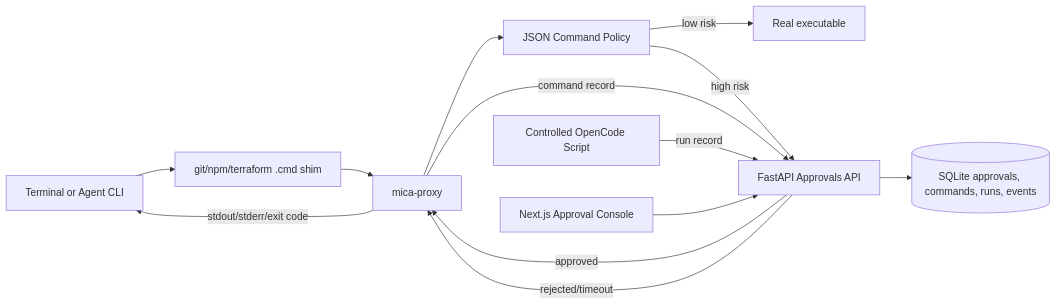
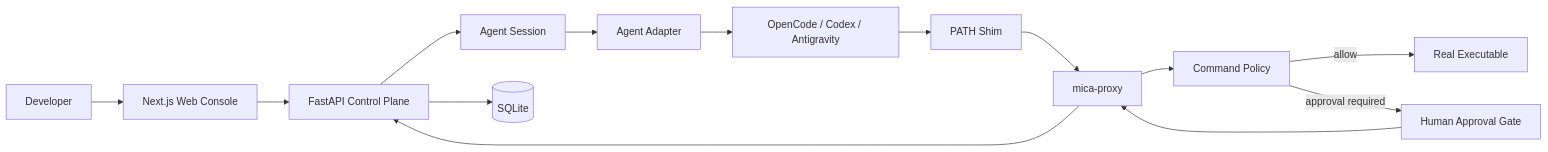
Before and after one commit to Dwight2458/mica: the diagram in README.md, drawn with Mermaid. The commit also changed other lines of this file, not shown here.

````diff
--- a/README.md
+++ b/README.md
@@ -125,15 +23,16 @@
 ```mermaid
 flowchart LR
-  Terminal[Terminal or Agent CLI] --> Shim[git/npm/terraform .cmd shim]
-  Shim --> Proxy[mica-proxy]
-  Proxy --> Policy[JSON Command Policy]
-  Policy -->|low risk| RealCommand[Real executable]
-  Policy -->|high risk| API[FastAPI Approvals API]
-  Proxy -->|command record| API
-  Script[Controlled OpenCode Script] -->|run record| API
-  API --> DB[(SQLite approvals, commands, runs, events)]
-  Web[Next.js Approval Console] --> API
-  API -->|approved| Proxy
-  API -->|rejected/timeout| Proxy
-  Proxy -->|stdout/stderr/exit code| Terminal
+    User["Developer"] --> Web["Next.js Web Console"]
+    Web --> API["FastAPI Control Plane"]
+    API --> Session["Agent Session"]
+    Session --> Adapter["Agent Adapter"]
+    Adapter --> Runtime["OpenCode / Codex / Antigravity"]
+    Runtime --> Shim["PATH Shim"]
+    Shim --> Proxy["mica-proxy"]
+    Proxy --> Policy["Command Policy"]
+    Policy -->|allow| Command["Real Executable"]
+    Policy -->|approval required| Approval["Human Approval Gate"]
+    API --> DB[("SQLite")]
+    Proxy --> API
+    Approval --> Proxy
 ```
````
